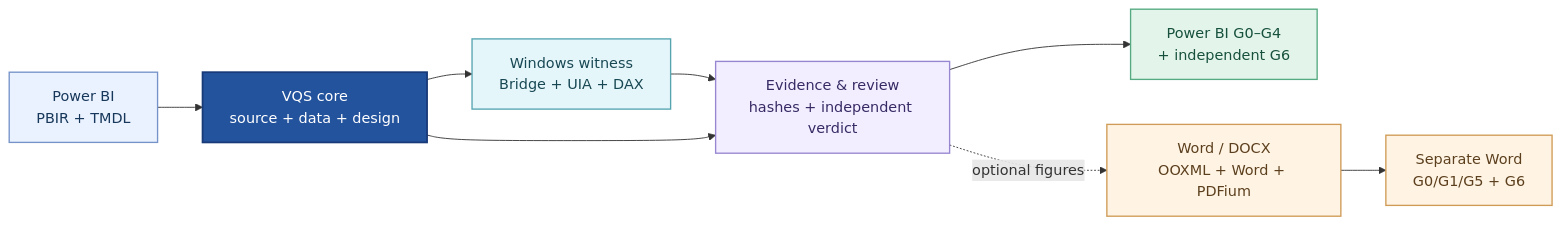
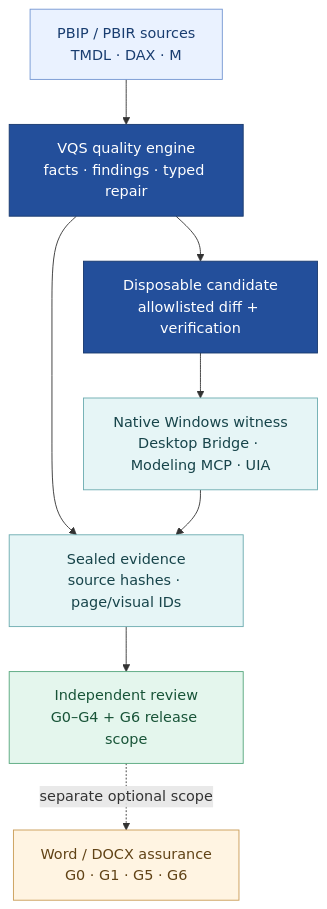
One commit to analienx/visual-quality-system changed the diagram in README.md. Above: the diagram before and after it, drawn with Mermaid. The commit also changed other lines of this file and 4 other files, not shown here.

````diff
--- a/README.md
+++ b/README.md
@@ -54,16 +61,20 @@
-```mermaid
-flowchart LR
-    P["Power BI<br/>PBIR + TMDL"]:::input --> C["VQS core<br/>source + data + design"]:::core
-    C --> N["Windows witness<br/>Bridge + UIA + DAX"]:::native
-    N --> E["Evidence & review<br/>hashes + independent verdict"]:::evidence
-    C --> E
-    E --> R["Power BI G0–G4<br/>+ independent G6"]:::result
-    E -. "optional figures" .-> W["Word / DOCX<br/>OOXML + Word + PDFium"]:::word
-    W --> D["Separate Word<br/>G0/G1/G5 + G6"]:::word
-    classDef input fill:#eaf2ff,stroke:#7693c9,color:#18385b,stroke-width:1.5px
-    classDef core fill:#24539d,stroke:#183a79,color:#fff,stroke-width:2px
-    classDef native fill:#e5f6fa,stroke:#56a5b1,color:#184854,stroke-width:1.5px
-    classDef evidence fill:#f2edff,stroke:#9786d2,color:#382b65,stroke-width:1.5px
-    classDef result fill:#e3f5eb,stroke:#55aa81,color:#17513d,stroke-width:1.5px
-    classDef word fill:#fff4e3,stroke:#cf9b56,color:#5c3f1e,stroke-width:1.5px
-```
+~~~mermaid
+flowchart TB
+  S["PBIP / PBIR sources<br/>TMDL · DAX · M"] --> Q["VQS quality engine<br/>facts · findings · typed repair"]
+  Q --> C["Disposable candidate<br/>allowlisted diff + verification"]
+  C --> W["Native Windows witness<br/>Desktop Bridge · Modeling MCP · UIA"]
+  Q --> E["Sealed evidence<br/>source hashes · page/visual IDs"]
+  W --> E
+  E --> J["Independent review<br/>G0–G4 + G6 release scope"]
+  J -. "separate optional scope" .-> D["Word / DOCX assurance<br/>G0 · G1 · G5 · G6"]
+  classDef blue fill:#eaf2ff,stroke:#7396d2,color:#193d70
+  classDef dark fill:#234f9b,stroke:#18396e,color:#ffffff
+  classDef teal fill:#e6f5f6,stroke:#6babb0,color:#17444a
+  classDef amber fill:#fff4e2,stroke:#c99b55,color:#614316
+  classDef green fill:#e4f6ed,stroke:#55a77c,color:#185438
+  class S blue
+  class Q,C dark
+  class W,E teal
+  class J green
+  class D amber
+~~~
````
